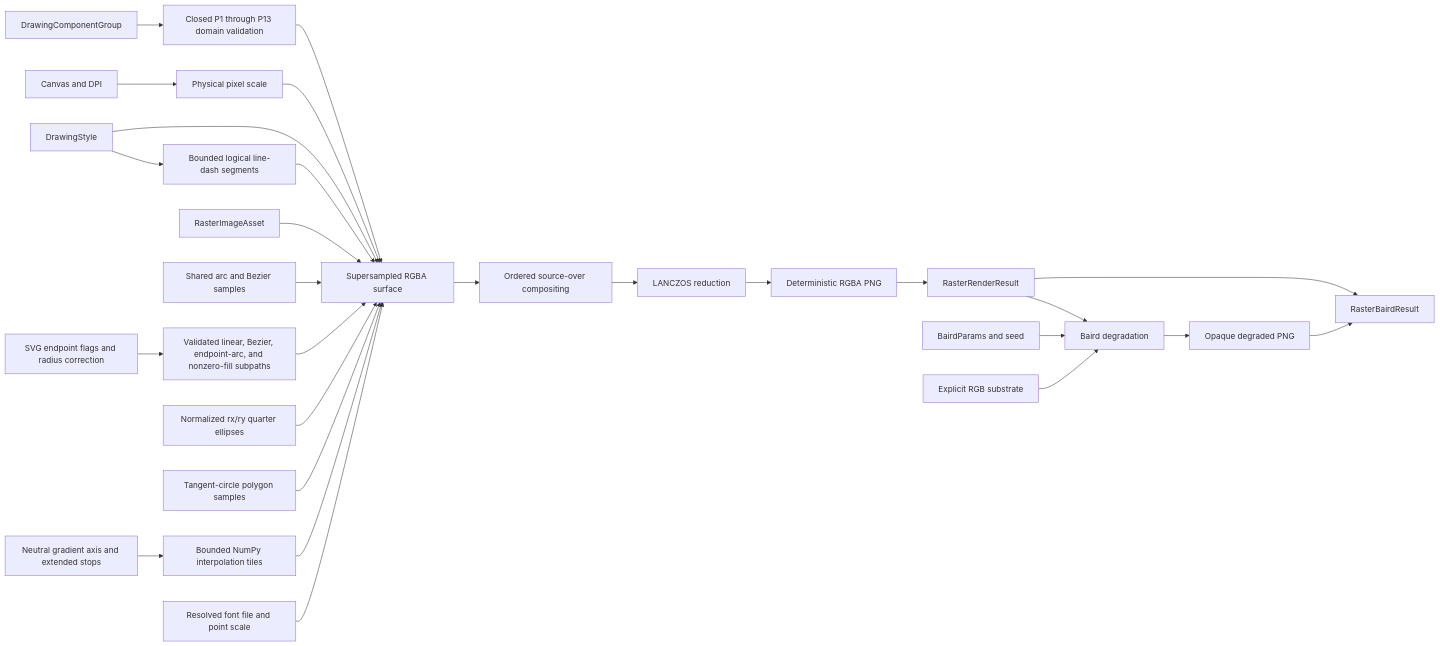
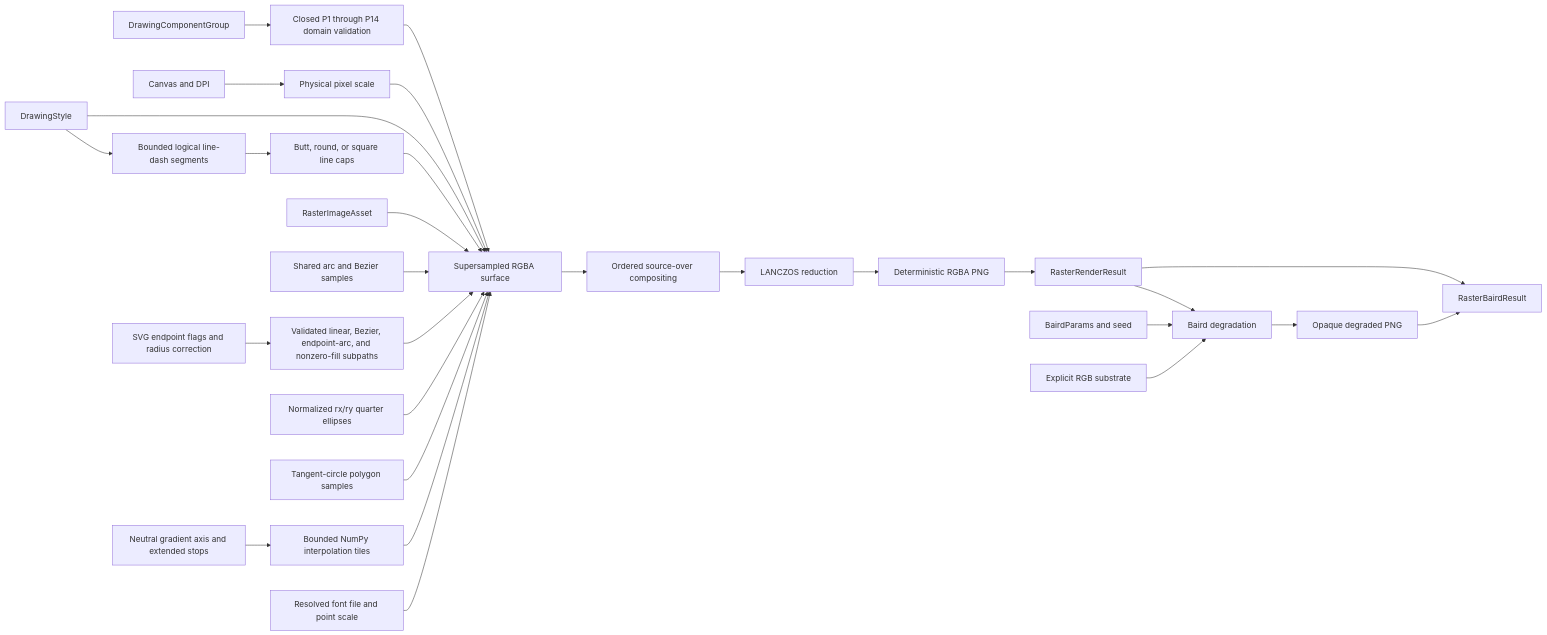
Before and after one commit to cmill32405/InkGen: the diagram in docs/diagrams/raster-renderer.mmd, drawn with Mermaid. The commit also changed 20 other files, not shown here.

```diff
--- a/docs/diagrams/raster-renderer.mmd
+++ b/docs/diagrams/raster-renderer.mmd
@@ -1,27 +1,28 @@
 flowchart LR
-    Group[DrawingComponentGroup] --> Validate[Closed P1 through P13 domain validation]
+    Group[DrawingComponentGroup] --> Validate[Closed P1 through P14 domain validation]
     Canvas[Canvas and DPI] --> Scale[Physical pixel scale]
     Validate --> Surface[Supersampled RGBA surface]
     Scale --> Surface
     Style[DrawingStyle] --> Surface
     Style --> Dashes[Bounded logical line-dash segments]
-    Dashes --> Surface
+    Dashes --> Caps[Butt, round, or square line caps]
+    Caps --> Surface
     Assets[RasterImageAsset] --> Surface
     Curves[Shared arc and Bezier samples] --> Surface
     Paths[Validated linear, Bezier, endpoint-arc, and nonzero-fill subpaths] --> Surface
     ArcFlags[SVG endpoint flags and radius correction] --> Paths
     Rounded[Normalized rx/ry quarter ellipses] --> Surface
     RoundedPolygon[Tangent-circle polygon samples] --> Surface
     Gradient[Neutral gradient axis and extended stops] --> Tiles[Bounded NumPy interpolation tiles]
     Tiles --> Surface
     Font[Resolved font file and point scale] --> Surface
     Surface --> Composite[Ordered source-over compositing]
     Composite --> Reduce[LANCZOS reduction]
     Reduce --> PNG[Deterministic RGBA PNG]
     PNG --> Result[RasterRenderResult]
     Result --> Pair[RasterBairdResult]
     Result --> Baird[Baird degradation]
     Params[BairdParams and seed] --> Baird
     Substrate[Explicit RGB substrate] --> Baird
     Baird --> Scan[Opaque degraded PNG]
     Scan --> Pair
```
